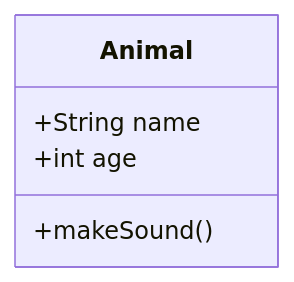
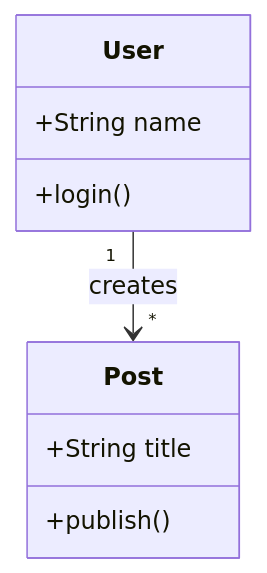
One commit to narumiruna/agent-skills changed the first of 2 diagrams in skills/creating-mermaid-diagrams/references/class.md. Above: the diagram before and after it, drawn with Mermaid. The commit also changed other lines of this file and 92 other files, not shown here.

````diff
--- a/skills/creating-mermaid-diagrams/references/class.md
+++ b/skills/creating-mermaid-diagrams/references/class.md
@@ -7,8 +7,12 @@
 ```mermaid
 classDiagram
-    class Animal {
+    class User {
         +String name
-        +int age
-        +makeSound()
+        +login()
     }
+    class Post {
+        +String title
+        +publish()
+    }
+    User "1" --> "*" Post : creates
 ```
````
